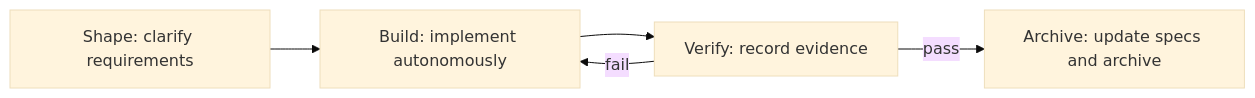
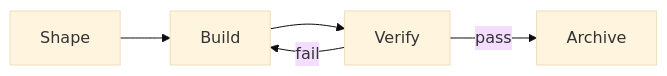
The diagram in en/concepts/native-workflow.mdx (rpamis/comet-website-docs), drawn with Mermaid (base theme) before and after one commit. The commit also changed other lines of this file and 85 other files, not shown here.

````diff
--- a/en/concepts/native-workflow.mdx
+++ b/en/concepts/native-workflow.mdx
@@ -65,7 +50,7 @@
 ```mermaid
 flowchart LR
-  A["Shape: clarify requirements"] --> B["Build: implement autonomously"]
-  B --> C["Verify: record evidence"]
-  C -->|pass| D["Archive: update specs and archive"]
-  C -->|fail| B
+  S["Shape"] --> B["Build"]
+  B --> V["Verify"]
+  V -->|pass| A["Archive"]
+  V -->|fail| B
 ```
````
